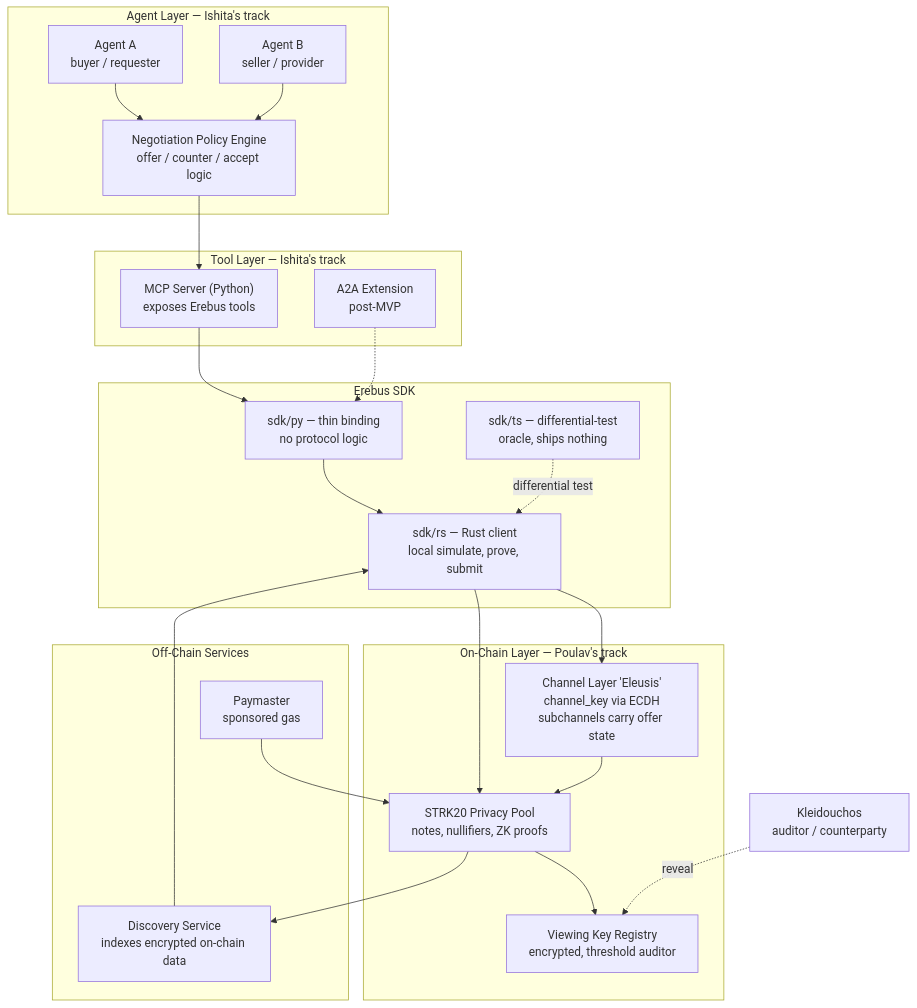
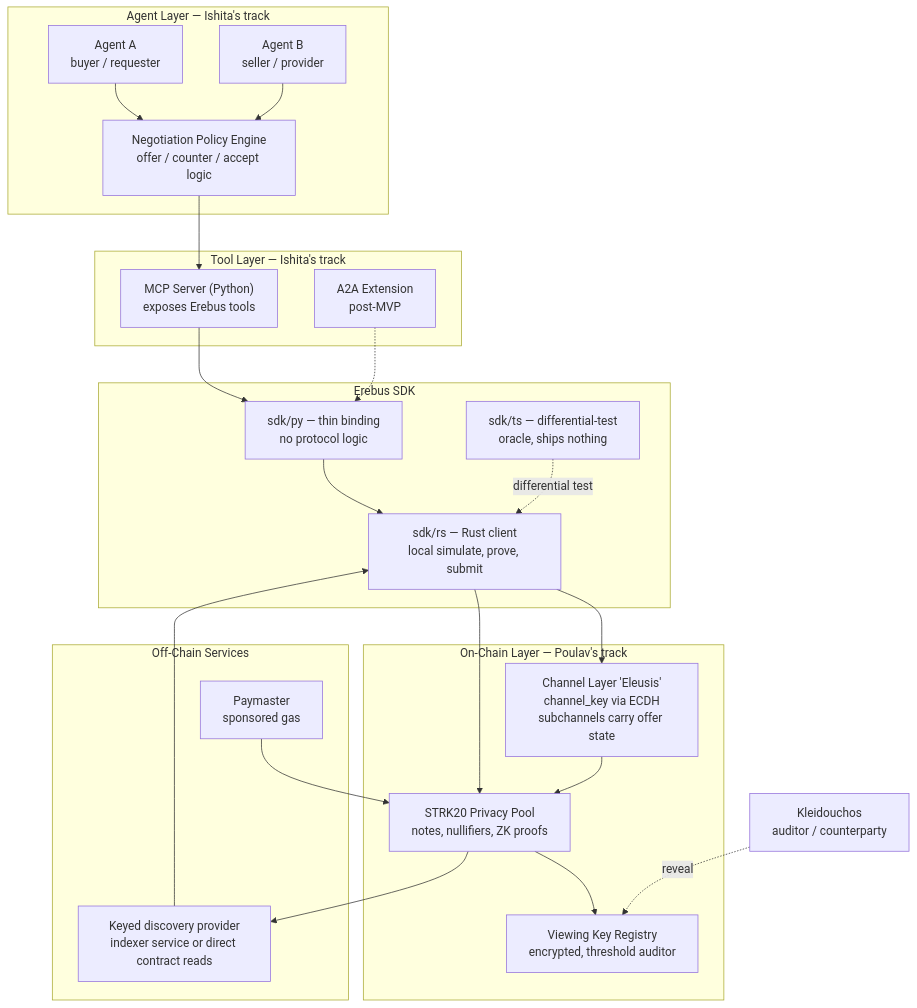
One commit to PoulavBhowmick03/Erebus changed the first of 3 diagrams in ARCHITECTURE.md. Above: the diagram before and after it, drawn with Mermaid. The commit also changed other lines of this file and 23 other files, not shown here.

````diff
--- a/ARCHITECTURE.md
+++ b/ARCHITECTURE.md
@@ -9,47 +9,47 @@
 ```mermaid
 flowchart TB
     subgraph agentlayer["Agent Layer — Ishita's track"]
         A1["Agent A<br/>buyer / requester"]
         A2["Agent B<br/>seller / provider"]
         NEG["Negotiation Policy Engine<br/>offer / counter / accept logic"]
     end
 
     subgraph toollayer["Tool Layer — Ishita's track"]
         MCP["MCP Server (Python)<br/>exposes Erebus tools"]
         A2A["A2A Extension<br/>post-MVP"]
     end
 
     subgraph sdklayer["Erebus SDK"]
         BIND["sdk/py — thin binding<br/>no protocol logic"]
         SDK["sdk/rs — Rust client<br/>local simulate, prove, submit"]
         ORACLE["sdk/ts — differential-test<br/>oracle, ships nothing"]
     end
 
     subgraph chainlayer["On-Chain Layer — Poulav's track"]
         CH["Channel Layer 'Eleusis'<br/>channel_key via ECDH<br/>subchannels carry offer state"]
         POOL["STRK20 Privacy Pool<br/>notes, nullifiers, ZK proofs"]
         VK["Viewing Key Registry<br/>encrypted, threshold auditor"]
     end
 
     subgraph offchain["Off-Chain Services"]
-        DISC["Discovery Service<br/>indexes encrypted on-chain data"]
+        DISC["Keyed discovery provider<br/>indexer service or direct contract reads"]
         PM["Paymaster<br/>sponsored gas"]
     end
 
     A1 --> NEG
     A2 --> NEG
     NEG --> MCP
     MCP --> BIND
     BIND --> SDK
     ORACLE -.differential test.-> SDK
     A2A -.-> BIND
     SDK --> CH
     SDK --> POOL
     CH --> POOL
     POOL --> VK
     DISC --> SDK
     POOL --> DISC
     PM --> POOL
 
     K["Kleidouchos<br/>auditor / counterparty"] -.reveal.-> VK
 ```
````
